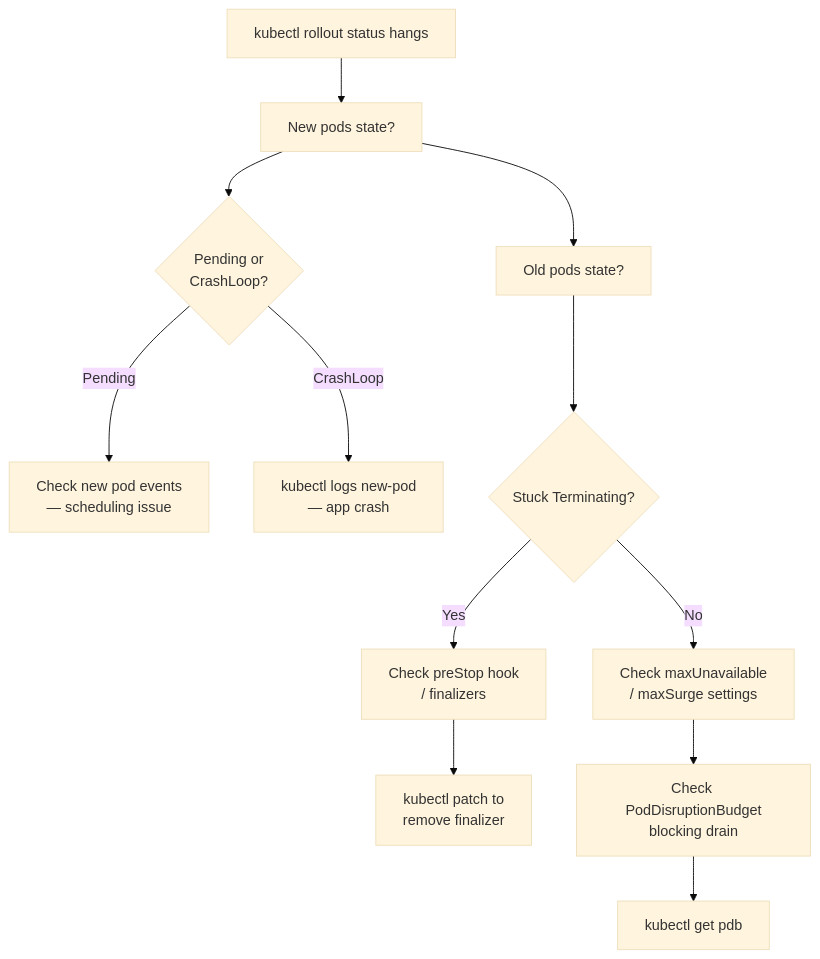
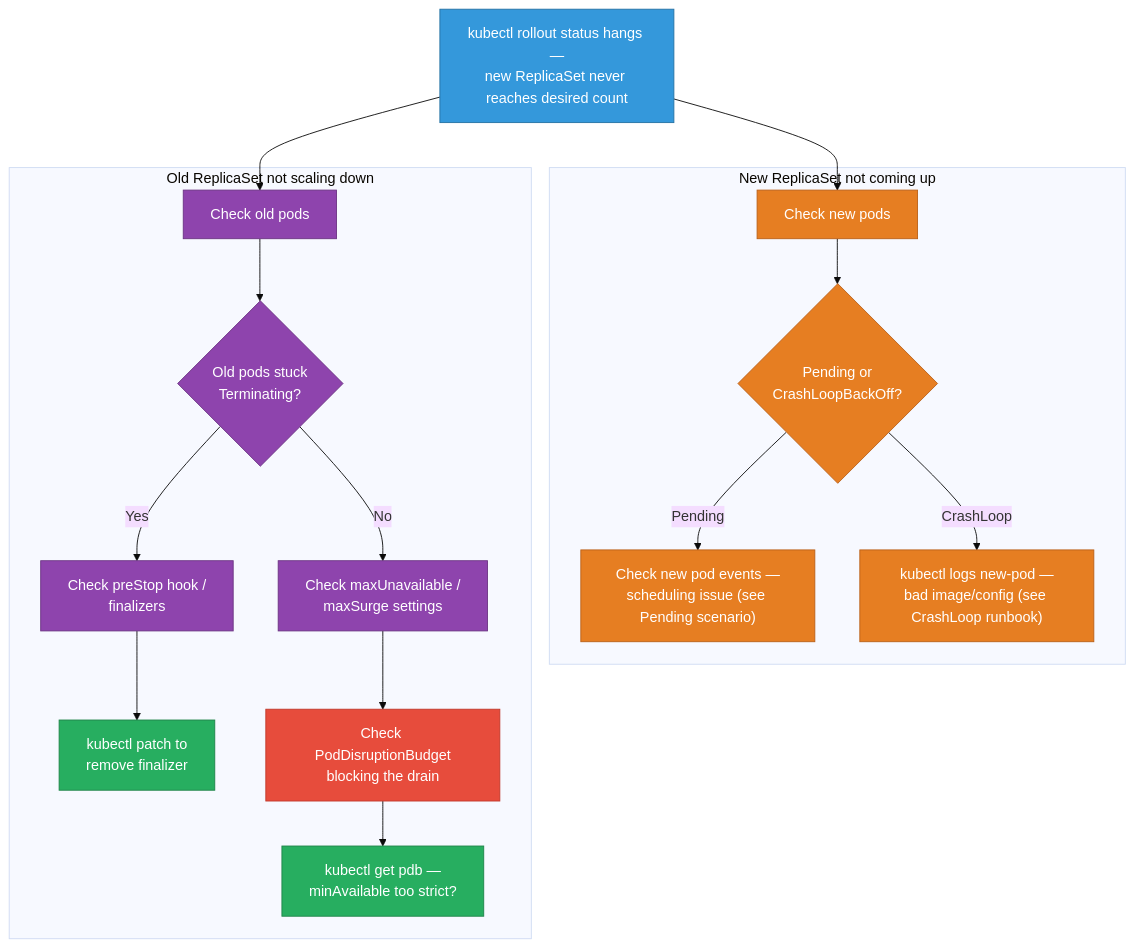
One commit to deepanshu-rawat6/DevOpsIndex changed the ninth of 13 diagrams in sre/k8s-scenarios.md. Above: the diagram before and after it, drawn with Mermaid (base theme). The commit also changed other lines of this file and 7 other files, not shown here.

````diff
--- a/sre/k8s-scenarios.md
+++ b/sre/k8s-scenarios.md
@@ -1161,14 +1193,26 @@
 ```mermaid
 flowchart TD
-    A[kubectl rollout status hangs] --> B[New pods state?]
-    B --> C{Pending or<br/>CrashLoop?}
-    C -- Pending --> D[Check new pod events<br/>— scheduling issue]
-    C -- CrashLoop --> E[kubectl logs new-pod<br/>— app crash]
-    B --> F[Old pods state?]
-    F --> G{Stuck Terminating?}
-    G -- Yes --> H[Check preStop hook<br/>/ finalizers]
-    H --> I[kubectl patch to<br/>remove finalizer]
-    G -- No --> J[Check maxUnavailable<br/>/ maxSurge settings]
-    J --> K[Check PodDisruptionBudget<br/>blocking drain]
-    K --> L[kubectl get pdb]
+    classDef start fill:#3498db,stroke:#2471a3,color:#fff
+    classDef newp fill:#e67e22,stroke:#ba6018,color:#fff
+    classDef oldp fill:#8e44ad,stroke:#6c3483,color:#fff
+    classDef fix fill:#27ae60,stroke:#1e8449,color:#fff
+    classDef trap fill:#e74c3c,stroke:#c0392b,color:#fff
+
+    A["kubectl rollout status hangs —<br/>new ReplicaSet never reaches desired count"]:::start --> B["Check new pods"]:::newp
+    A --> F["Check old pods"]:::oldp
+
+    subgraph NewBranch["New ReplicaSet not coming up"]
+        B --> C{"Pending or<br/>CrashLoopBackOff?"}:::newp
+        C -- Pending --> D["Check new pod events —<br/>scheduling issue (see Pending scenario)"]:::newp
+        C -- CrashLoop --> E["kubectl logs new-pod —<br/>bad image/config (see CrashLoop runbook)"]:::newp
+    end
+
+    subgraph OldBranch["Old ReplicaSet not scaling down"]
+        F --> G{"Old pods stuck<br/>Terminating?"}:::oldp
+        G -- Yes --> H["Check preStop hook /<br/>finalizers"]:::oldp
+        H --> I["kubectl patch to<br/>remove finalizer"]:::fix
+        G -- No --> J["Check maxUnavailable /<br/>maxSurge settings"]:::oldp
+        J --> K["Check PodDisruptionBudget<br/>blocking the drain"]:::trap
+        K --> L["kubectl get pdb —<br/>minAvailable too strict?"]:::fix
+    end
 ```
````
